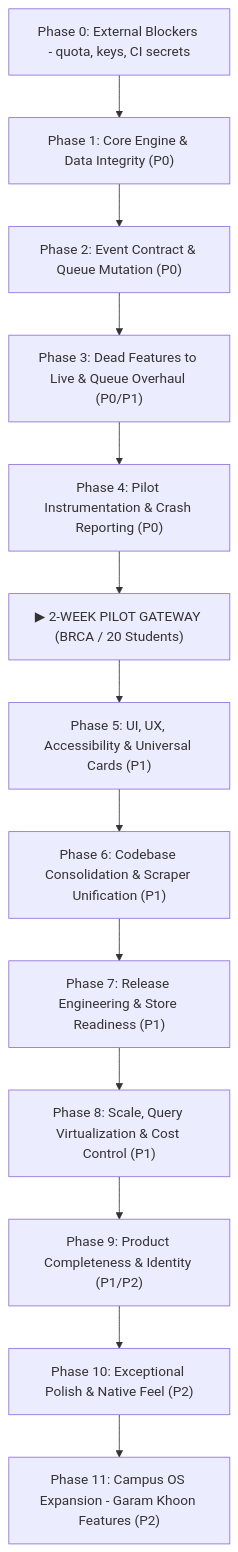
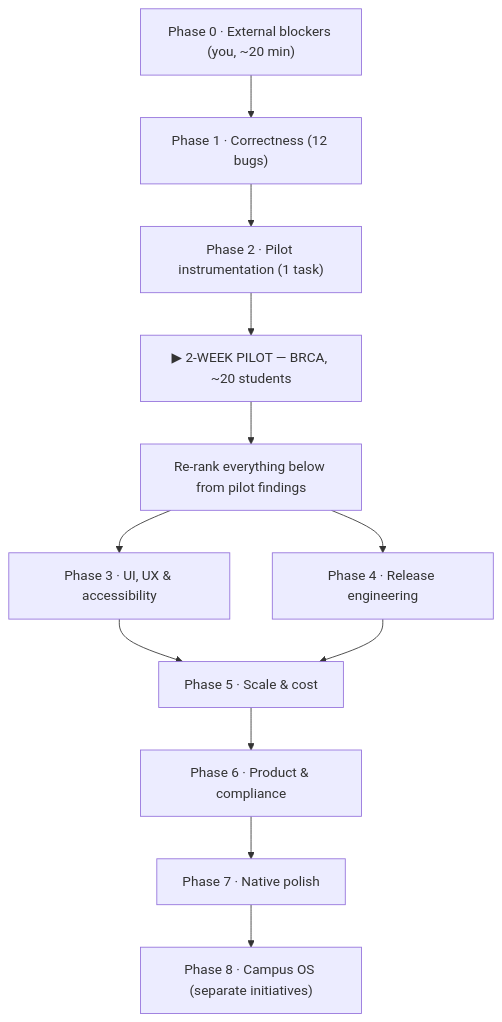
One commit to prathamkathi/loop-app changed the diagram in loop-app/docs/master_todo_roadmap_report.md. Above: the diagram before and after it, drawn with Mermaid. The commit also changed other lines of this file, not shown here.

First line of the commit message:
docs: rewrite roadmap against verified state — 41 items were already done

````diff
--- a/loop-app/docs/master_todo_roadmap_report.md
+++ b/loop-app/docs/master_todo_roadmap_report.md
@@ -24,15 +22,14 @@
 ```mermaid
 graph TD
-    P0["Phase 0: External Blockers - quota, keys, CI secrets"] --> P1
-    P1["Phase 1: Core Engine & Data Integrity (P0)"] --> P2["Phase 2: Event Contract & Queue Mutation (P0)"]
-    P2 --> P3["Phase 3: Dead Features to Live & Queue Overhaul (P0/P1)"]
-    P3 --> P4["Phase 4: Pilot Instrumentation & Crash Reporting (P0)"]
-    P4 --> PAUSE["▶ 2-WEEK PILOT GATEWAY (BRCA / 20 Students)"]
-    PAUSE --> P5["Phase 5: UI, UX, Accessibility & Universal Cards (P1)"]
-    P5 --> P6["Phase 6: Codebase Consolidation & Scraper Unification (P1)"]
-    P6 --> P7["Phase 7: Release Engineering & Store Readiness (P1)"]
-    P7 --> P8["Phase 8: Scale, Query Virtualization & Cost Control (P1)"]
-    P8 --> P9["Phase 9: Product Completeness & Identity (P1/P2)"]
-    P9 --> P10["Phase 10: Exceptional Polish & Native Feel (P2)"]
-    P10 --> P11["Phase 11: Campus OS Expansion - Garam Khoon Features (P2)"]
+    B["Phase 0 · External blockers (you, ~20 min)"] --> P1["Phase 1 · Correctness (12 bugs)"]
+    P1 --> P2["Phase 2 · Pilot instrumentation (1 task)"]
+    P2 --> PILOT["▶ 2-WEEK PILOT — BRCA, ~20 students"]
+    PILOT --> R["Re-rank everything below from pilot findings"]
+    R --> P3["Phase 3 · UI, UX & accessibility"]
+    R --> P4["Phase 4 · Release engineering"]
+    P3 --> P5["Phase 5 · Scale & cost"]
+    P4 --> P5
+    P5 --> P6["Phase 6 · Product & compliance"]
+    P6 --> P7["Phase 7 · Native polish"]
+    P7 --> P8["Phase 8 · Campus OS (separate initiatives)"]
 ```
````
